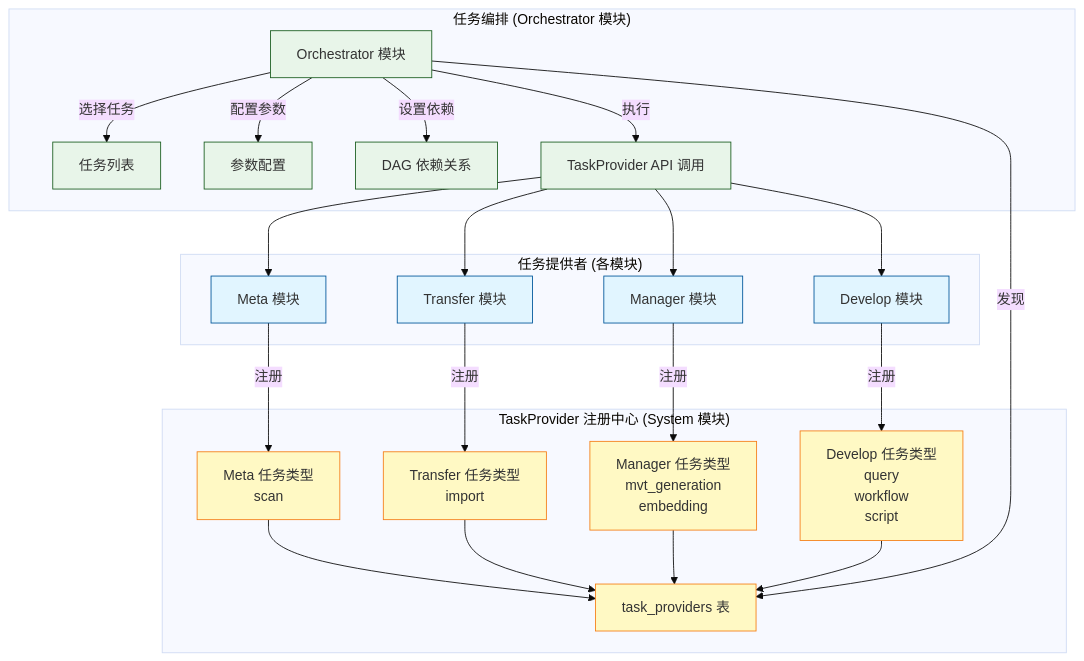
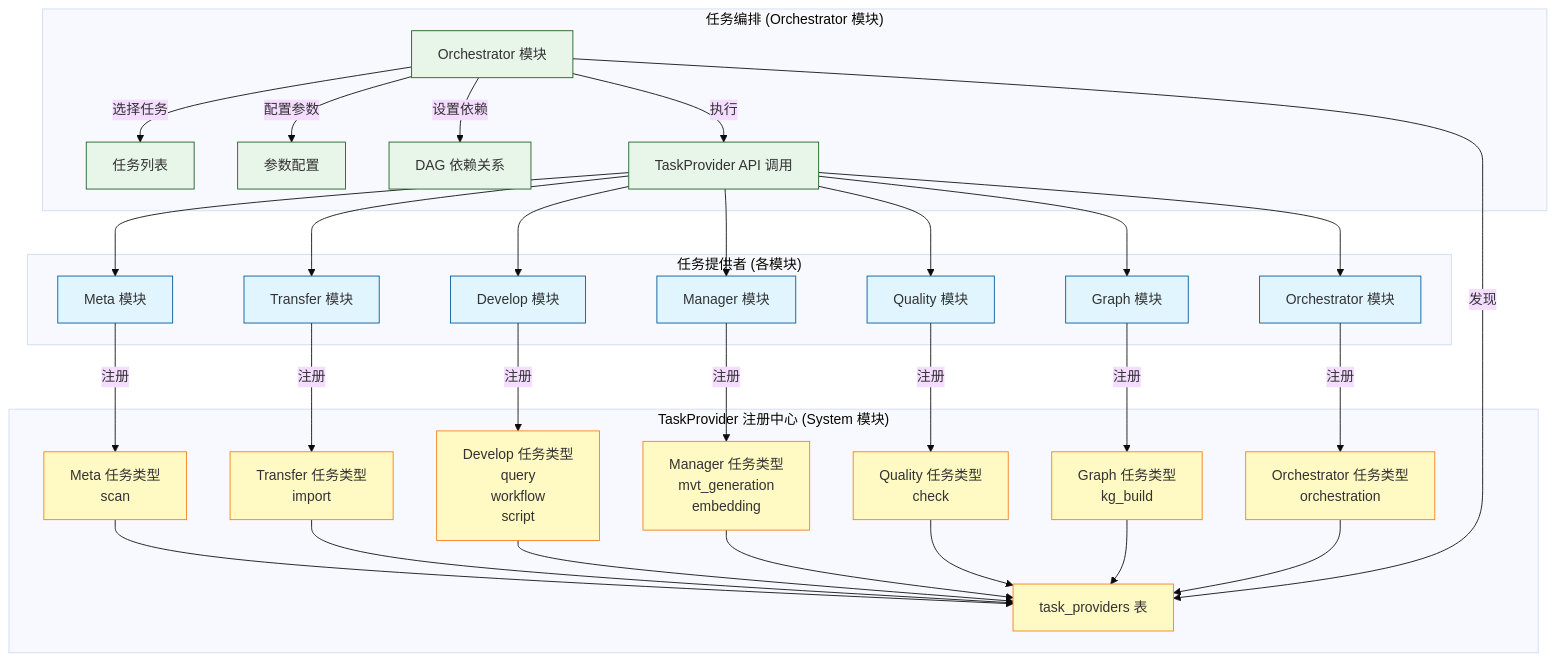
The first of 6 diagrams in docs/concepts/addp任务编排体系图.md (pampa0629/addp), drawn with Mermaid (base theme) before and after one commit. The commit also changed other lines of this file and 63 other files, not shown here.

````diff
--- a/docs/concepts/addp任务编排体系图.md
+++ b/docs/concepts/addp任务编排体系图.md
@@ -35,43 +35,58 @@
 ```mermaid
 graph TB
     subgraph "任务提供者 (各模块)"
         Meta[Meta 模块]
         Transfer[Transfer 模块]
+        Develop[Develop 模块]
         Manager[Manager 模块]
-        Develop[Develop 模块]
+        Quality[Quality 模块]
+        Graph[Graph 模块]
+        OrchestratorProvider[Orchestrator 模块]
     end
 
     subgraph "TaskProvider 注册中心 (System 模块)"
         Registry[task_providers 表]
 
         Meta --> |注册| MetaCap[Meta 任务类型<br/>scan]
         Transfer --> |注册| TransferCap[Transfer 任务类型<br/>import]
+        Develop --> |注册| DevelopCap[Develop 任务类型<br/>query<br/>workflow<br/>script]
         Manager --> |注册| ManagerCap[Manager 任务类型<br/>mvt_generation<br/>embedding]
-        Develop --> |注册| DevelopCap[Develop 任务类型<br/>query<br/>workflow<br/>script]
+        Quality --> |注册| QualityCap[Quality 任务类型<br/>check]
+        Graph --> |注册| GraphCap[Graph 任务类型<br/>kg_build]
+        OrchestratorProvider --> |注册| OrchestratorCap[Orchestrator 任务类型<br/>orchestration]
 
-        MetaCap & TransferCap & ManagerCap & DevelopCap --> Registry
+        MetaCap --> Registry
+        TransferCap --> Registry
+        DevelopCap --> Registry
+        ManagerCap --> Registry
+        QualityCap --> Registry
+        GraphCap --> Registry
+        OrchestratorCap --> Registry
     end
 
     subgraph "任务编排 (Orchestrator 模块)"
         Orchestrator[Orchestrator 模块]
 
         Orchestrator --> |发现| Registry
         Orchestrator --> |选择任务| Tasks[任务列表]
         Orchestrator --> |配置参数| Params[参数配置]
         Orchestrator --> |设置依赖| DAG[DAG 依赖关系]
         Orchestrator --> |执行| Call[TaskProvider API 调用]
     end
 
     Call --> Meta
     Call --> Transfer
+    Call --> Develop
     Call --> Manager
-    Call --> Develop
+    Call --> Quality
+    Call --> Graph
+    Call --> OrchestratorProvider
 
     classDef provider fill:#e1f5ff,stroke:#01579b
     classDef registry fill:#fff9c4,stroke:#f57f17
     classDef orchestrator fill:#e8f5e9,stroke:#1b5e20
 
-    class Meta,Transfer,Manager,Develop provider
-    class Registry,MetaCap,TransferCap,ManagerCap,DevelopCap registry
+    class Meta,Transfer,Develop,Manager,Quality,Graph,OrchestratorProvider provider
+    class Registry,MetaCap,TransferCap,DevelopCap,ManagerCap,QualityCap,GraphCap,OrchestratorCap registry
     class Orchestrator,Tasks,Params,DAG,Call orchestrator
 ```
````
